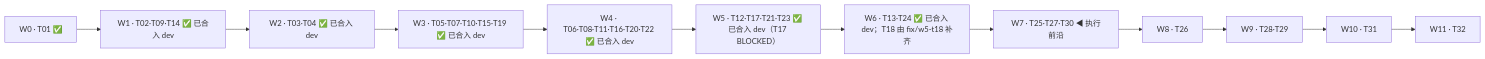
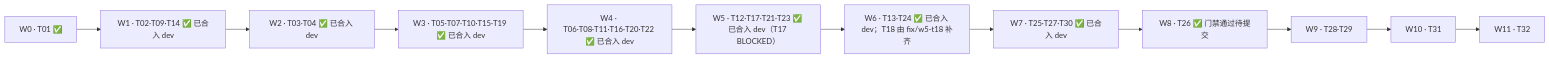
The diagram in docs/plans/2026-10-27-phase0-execution-plan.md (zxd15978684198/-enterprise_knowledge_work_platform-), drawn with Mermaid before and after one commit. The commit also changed other lines of this file and 4 other files, not shown here.

````diff
--- a/docs/plans/2026-10-27-phase0-execution-plan.md
+++ b/docs/plans/2026-10-27-phase0-execution-plan.md
@@ -133,14 +132,14 @@
 ```mermaid
 flowchart LR
     W0["W0 · T01 ✅"] --> W1["W1 · T02·T09·T14 ✅ 已合入 dev"]
     W1 --> W2["W2 · T03·T04 ✅ 已合入 dev"]
     W2 --> W3["W3 · T05·T07·T10·T15·T19 ✅ 已合入 dev"]
     W3 --> W4["W4 · T06·T08·T11·T16·T20·T22 ✅ 已合入 dev"]
     W4 --> W5["W5 · T12·T17·T21·T23 ✅ 已合入 dev（T17 BLOCKED）"]
     W5 --> W6["W6 · T13·T24 ✅ 已合入 dev；T18 由 fix/w5-t18 补齐"]
-    W6 --> W7["W7 · T25·T27·T30 ◀ 执行前沿"]
-    W7 --> W8["W8 · T26"]
+    W6 --> W7["W7 · T25·T27·T30 ✅ 已合入 dev"]
+    W7 --> W8["W8 · T26 ✅ 门禁通过待提交"]
     W8 --> W9["W9 · T28·T29"]
     W9 --> W10["W10 · T31"]
     W10 --> W11["W11 · T32"]
 ```
````
